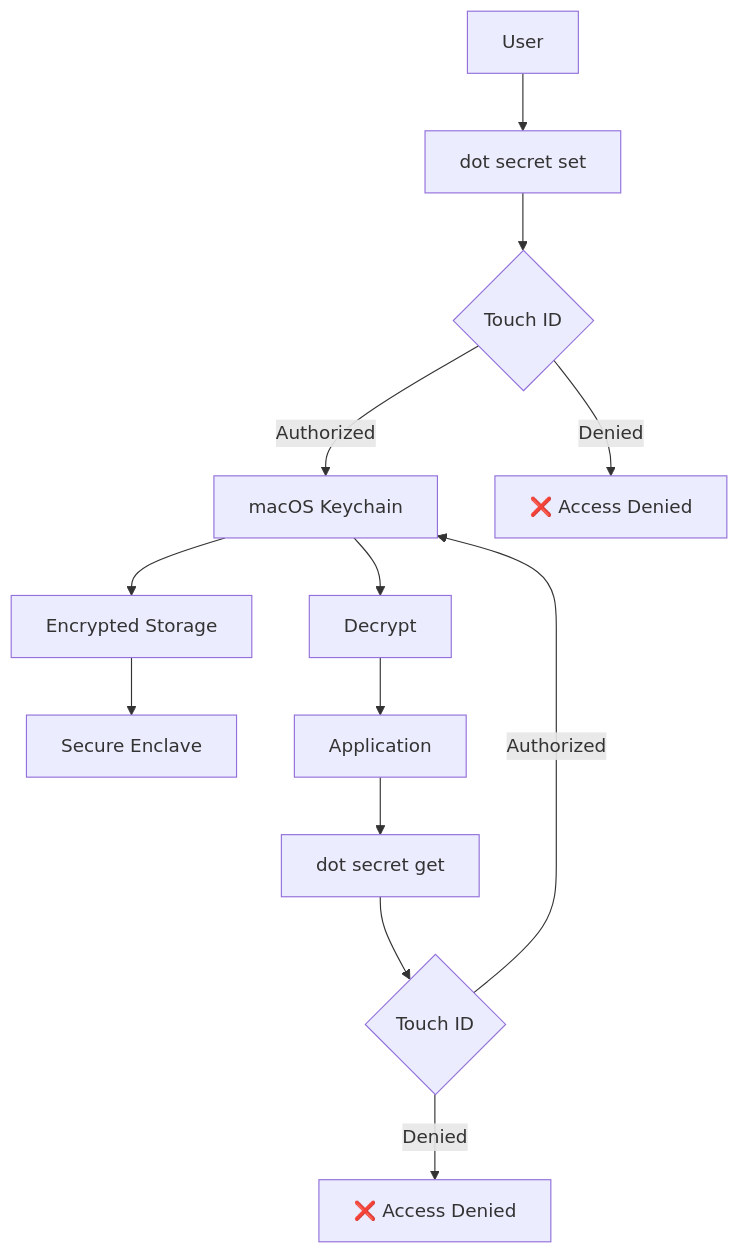
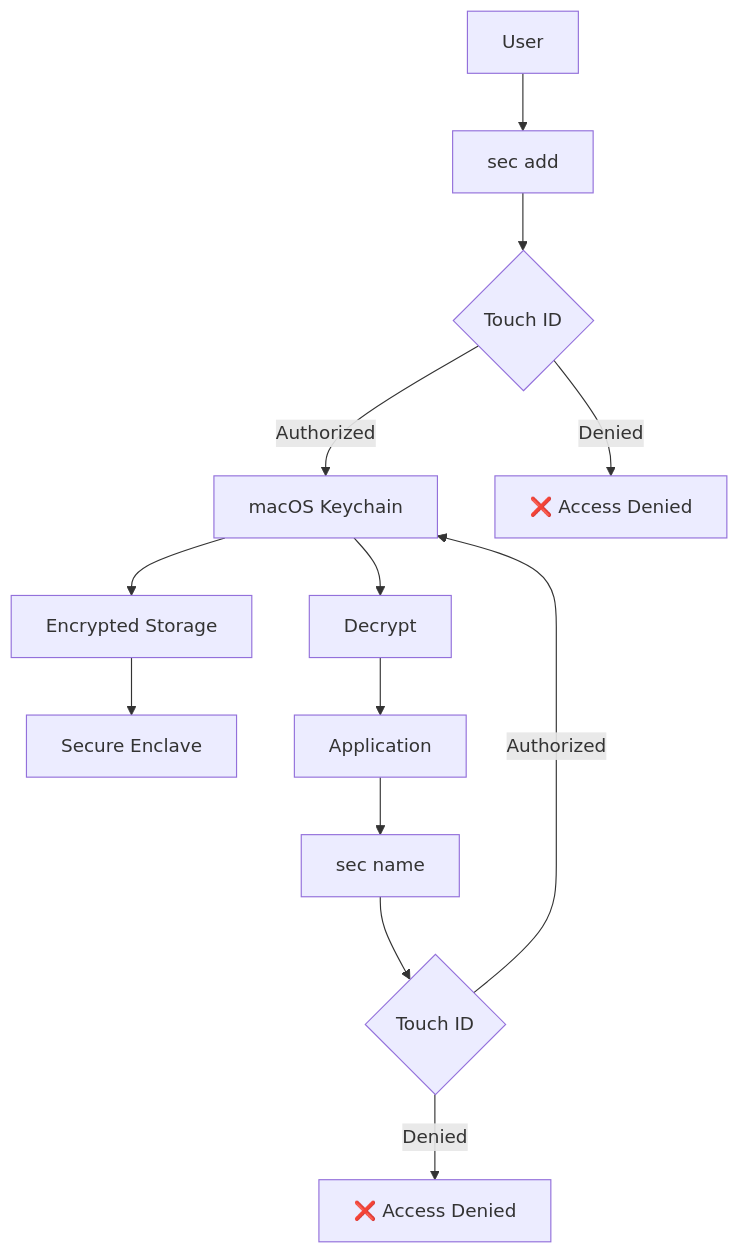
Before and after one commit to Data-Wise/flow-cli: the tenth of 12 diagrams in docs/reference/MASTER-ARCHITECTURE.md, drawn with Mermaid. The commit also changed other lines of this file and 91 other files, not shown here.

First line of the commit message:
feat: split dot dispatcher into dots, sec, tok (#381)

````diff
--- a/docs/reference/MASTER-ARCHITECTURE.md
+++ b/docs/reference/MASTER-ARCHITECTURE.md
@@ -675,17 +678,17 @@
 ```mermaid
 graph TD
-    User[User] --> dot[dot secret set]
-    dot --> TouchID{Touch ID}
+    User[User] --> sec[sec add]
+    sec --> TouchID{Touch ID}
     TouchID -->|Authorized| Keychain[macOS Keychain]
     TouchID -->|Denied| Error[❌ Access Denied]
 
     Keychain --> Encrypt[Encrypted Storage]
     Encrypt --> Secure[Secure Enclave]
 
-    App[Application] --> dotget[dot secret get]
-    dotget --> TouchID2{Touch ID}
+    App[Application] --> secget[sec name]
+    secget --> TouchID2{Touch ID}
     TouchID2 -->|Authorized| Keychain
     TouchID2 -->|Denied| Error2[❌ Access Denied]
     Keychain --> Decrypt[Decrypt]
     Decrypt --> App
 ```
````
